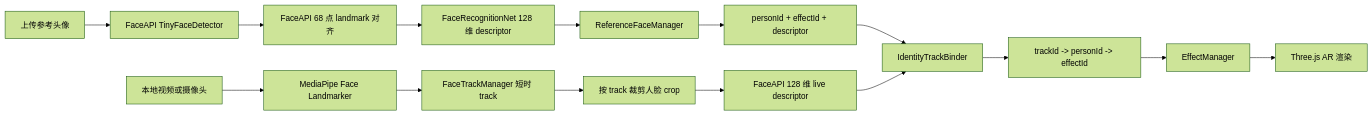
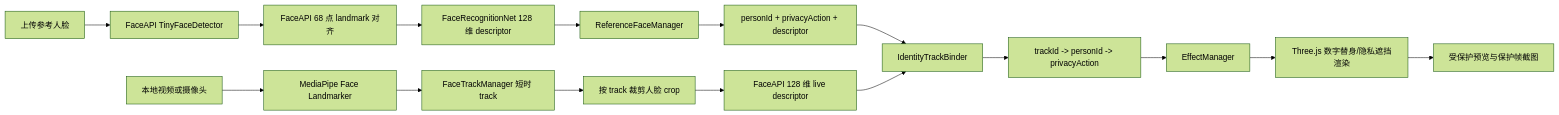
Before and after one commit to juedouwang/FaceAR: the diagram in docs/identity-binding-roadmap.md, drawn with Mermaid (forest theme). The commit also changed other lines of this file and 30 other files, not shown here.

````diff
--- a/docs/identity-binding-roadmap.md
+++ b/docs/identity-binding-roadmap.md
@@ -55,18 +65,19 @@
 ```mermaid
 flowchart LR
-  A["上传参考头像"] --> B["FaceAPI TinyFaceDetector"]
+  A["上传参考人脸"] --> B["FaceAPI TinyFaceDetector"]
   B --> C["FaceAPI 68 点 landmark 对齐"]
   C --> D["FaceRecognitionNet 128 维 descriptor"]
   D --> E["ReferenceFaceManager"]
-  E --> F["personId + effectId + descriptor"]
+  E --> F["personId + privacyAction + descriptor"]
 
   G["本地视频或摄像头"] --> H["MediaPipe Face Landmarker"]
   H --> I["FaceTrackManager 短时 track"]
   I --> J["按 track 裁剪人脸 crop"]
   J --> K["FaceAPI 128 维 live descriptor"]
   F --> L["IdentityTrackBinder"]
   K --> L
-  L --> M["trackId -> personId -> effectId"]
+  L --> M["trackId -> personId -> privacyAction"]
   M --> N["EffectManager"]
-  N --> O["Three.js AR 渲染"]
+  N --> O["Three.js 数字替身/隐私遮挡渲染"]
+  O --> P["受保护预览与保护帧截图"]
 ```
````
